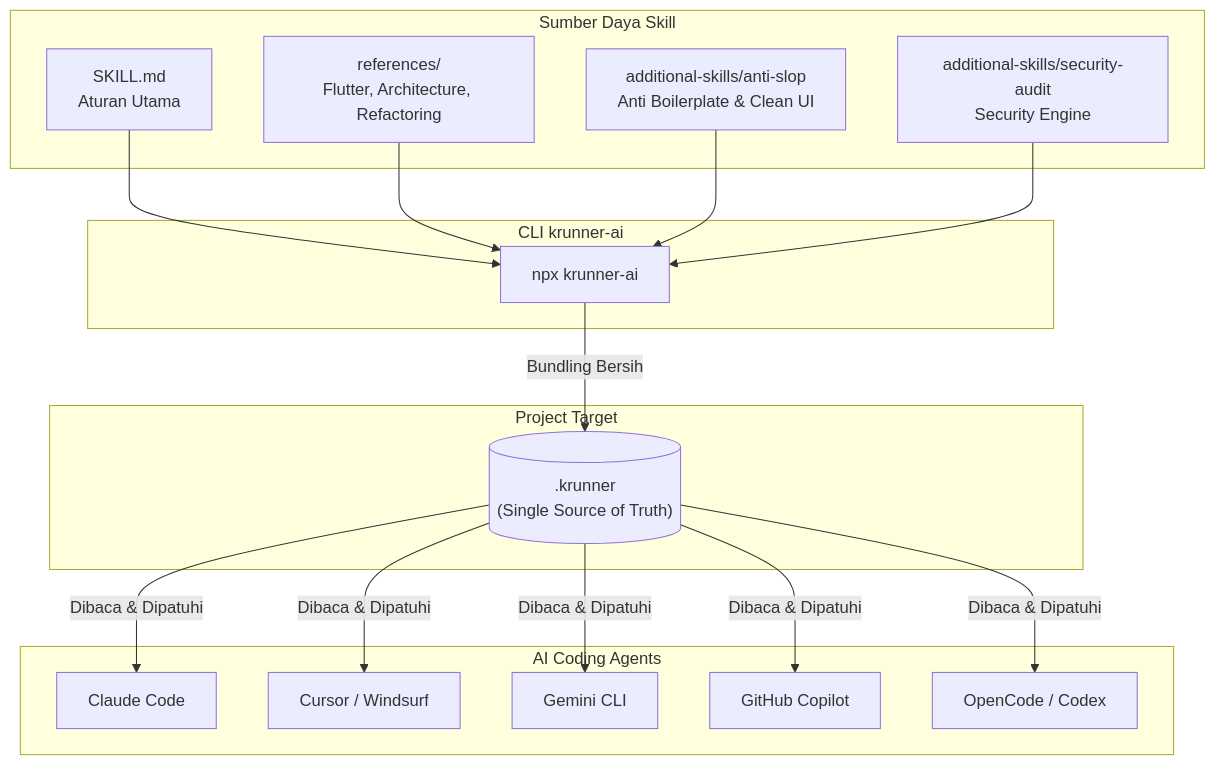
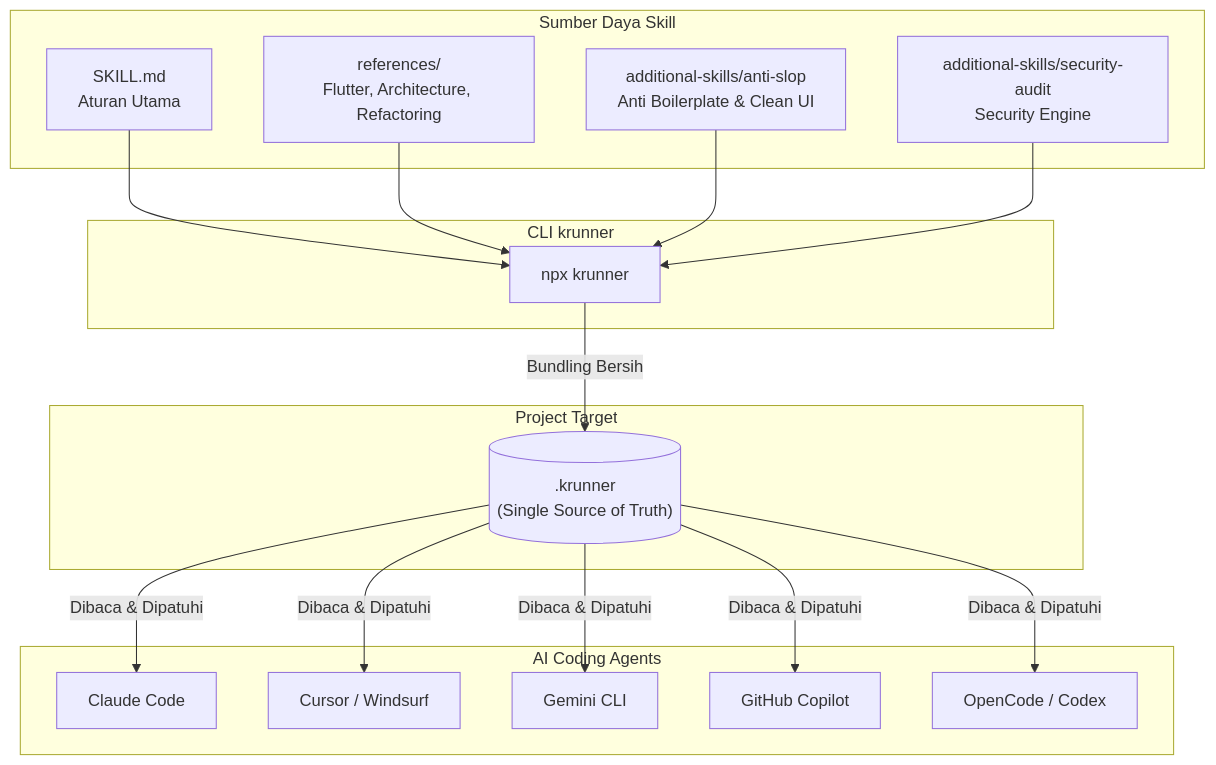
One commit to TheRabdal/Universal-AI-Coding-Skill-For-Flutter changed the first of 2 diagrams in README.md. Above: the diagram before and after it, drawn with Mermaid. The commit also changed other lines of this file and 7 other files, not shown here.

````diff
--- a/README.md
+++ b/README.md
@@ -89,36 +95,36 @@
 ```mermaid
 flowchart TD
     subgraph Core[" Sumber Daya Skill "]
         A[SKILL.md<br/>Aturan Utama]
         B[references/<br/>Flutter, Architecture, Refactoring]
         C[additional-skills/anti-slop<br/>Anti Boilerplate & Clean UI]
         D[additional-skills/security-audit<br/>Security Engine]
     end
 
-    subgraph CLI[" CLI krunner-ai "]
-        E["npx krunner-ai"]
+    subgraph CLI[" CLI krunner "]
+        E["npx krunner"]
     end
 
     subgraph Target[" Project Target "]
         F[(".krunner<br/>(Single Source of Truth)")]
     end
 
     subgraph Agents[" AI Coding Agents "]
         G1[Claude Code]
         G2[Cursor / Windsurf]
         G3[Gemini CLI]
         G4[GitHub Copilot]
         G5[OpenCode / Codex]
     end
 
     A --> E
     B --> E
     C --> E
     D --> E
     E -->|Bundling Bersih| F
     F -->|Dibaca & Dipatuhi| G1
     F -->|Dibaca & Dipatuhi| G2
     F -->|Dibaca & Dipatuhi| G3
     F -->|Dibaca & Dipatuhi| G4
     F -->|Dibaca & Dipatuhi| G5
 ```
````
